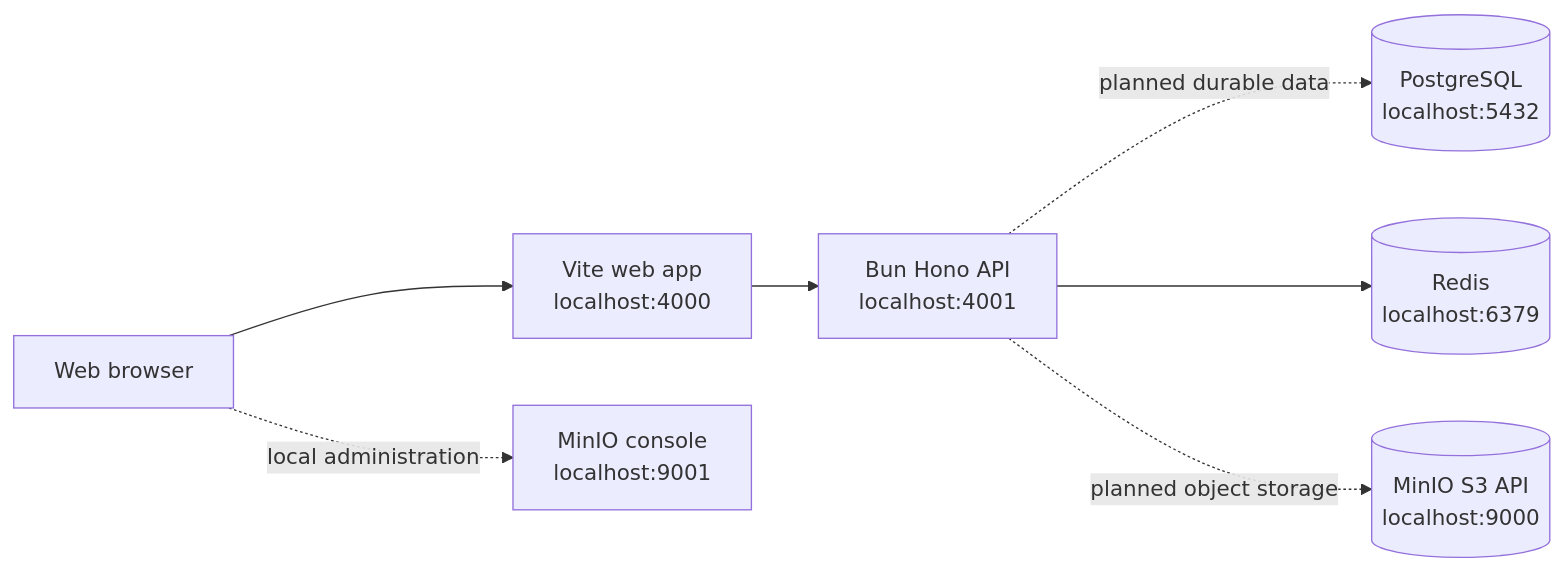
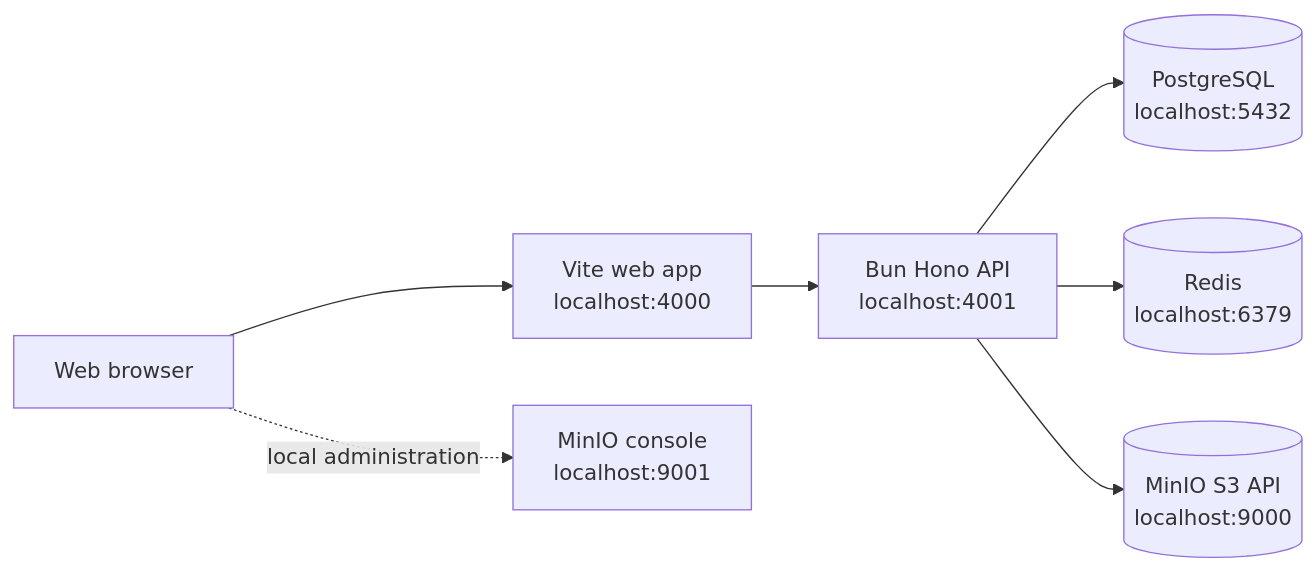
One commit to huanngdev/teamos changed the diagram in docs/infra-guide.md. Above: the diagram before and after it, drawn with Mermaid. The commit also changed other lines of this file and 6 other files, not shown here.

````diff
--- a/docs/infra-guide.md
+++ b/docs/infra-guide.md
@@ -7,17 +7,17 @@
 ```mermaid
 flowchart LR
   Browser[Web browser]
   Web[Vite web app\nlocalhost:4000]
   API[Bun Hono API\nlocalhost:4001]
   Postgres[(PostgreSQL\nlocalhost:5432)]
   Redis[(Redis\nlocalhost:6379)]
   MinIO[(MinIO S3 API\nlocalhost:9000)]
   Console[MinIO console\nlocalhost:9001]
 
   Browser --> Web
   Web --> API
-  API -. planned durable data .-> Postgres
+  API --> Postgres
   API --> Redis
-  API -. planned object storage .-> MinIO
+  API --> MinIO
   Browser -. local administration .-> Console
 ```
````
